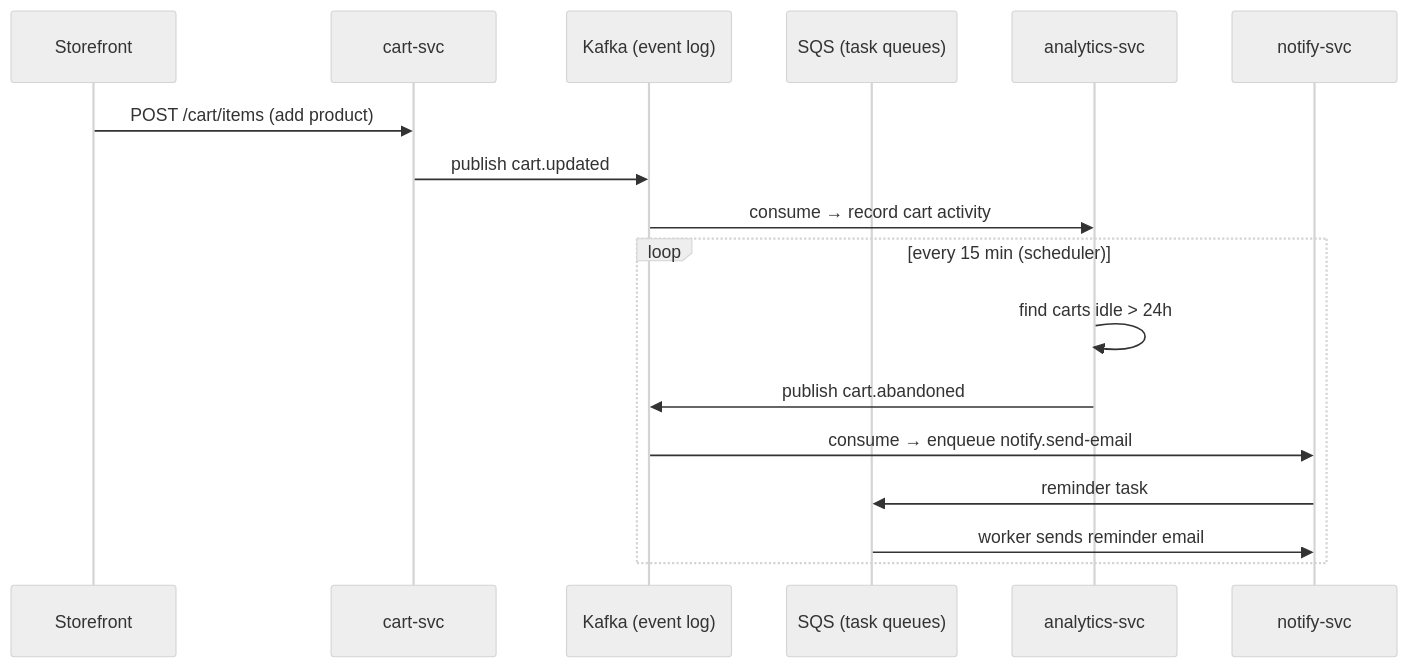
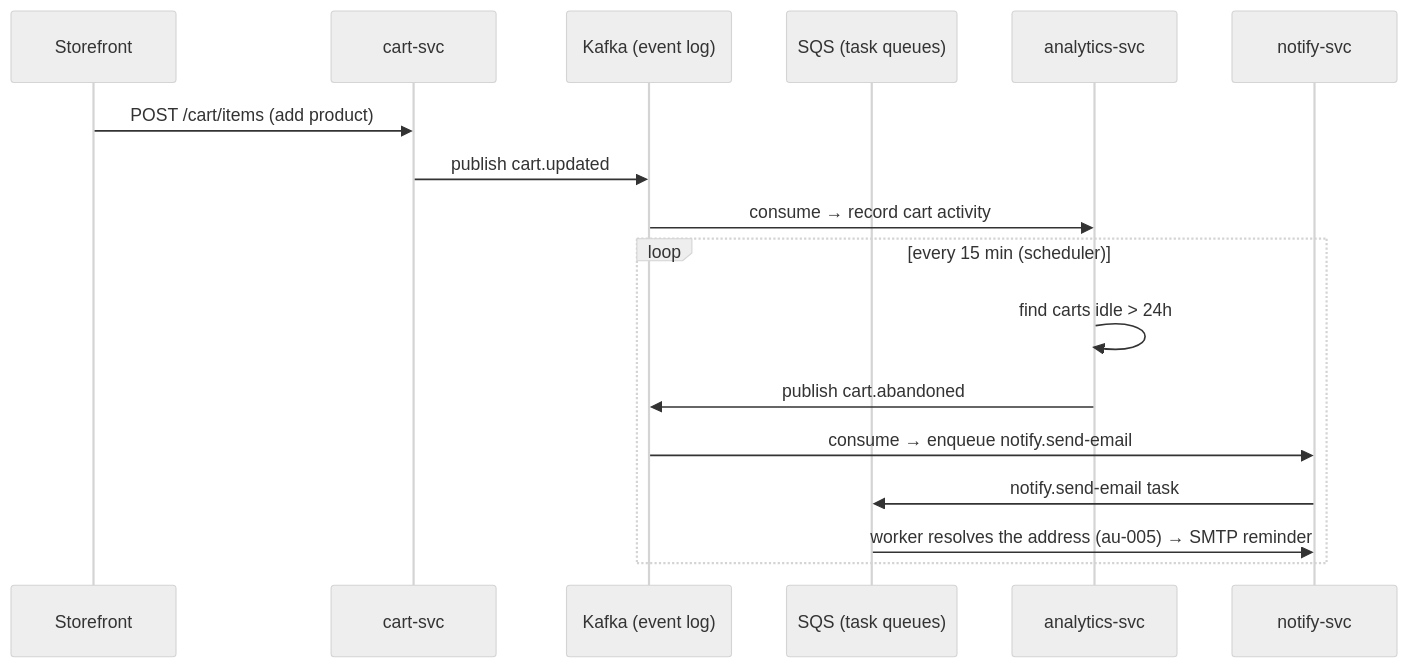
The seventh of 9 diagrams in 1.Architecture.md (E-Commerce-BDA/Documentation), drawn with Mermaid (neutral theme) before and after one commit. The commit also changed other lines of this file, not shown here.

First line of the commit message:
docs(architecture): correct the event transport claims

````diff
--- a/1.Architecture.md
+++ b/1.Architecture.md
@@ -685,20 +704,20 @@
 ```mermaid
 sequenceDiagram
     participant SF as Storefront
     participant CR as cart-svc
     participant K as Kafka (event log)
     participant Q as SQS (task queues)
     participant AN as analytics-svc
     participant NT as notify-svc
 
     SF->>CR: POST /cart/items (add product)
     CR->>K: publish cart.updated
     K->>AN: consume → record cart activity
     loop every 15 min (scheduler)
         AN->>AN: find carts idle > 24h
         AN->>K: publish cart.abandoned
         K->>NT: consume → enqueue notify.send-email
-        NT->>Q: reminder task
-        Q->>NT: worker sends reminder email
+        NT->>Q: notify.send-email task
+        Q->>NT: worker resolves the address (au-005) → SMTP reminder
     end
 ```
````
